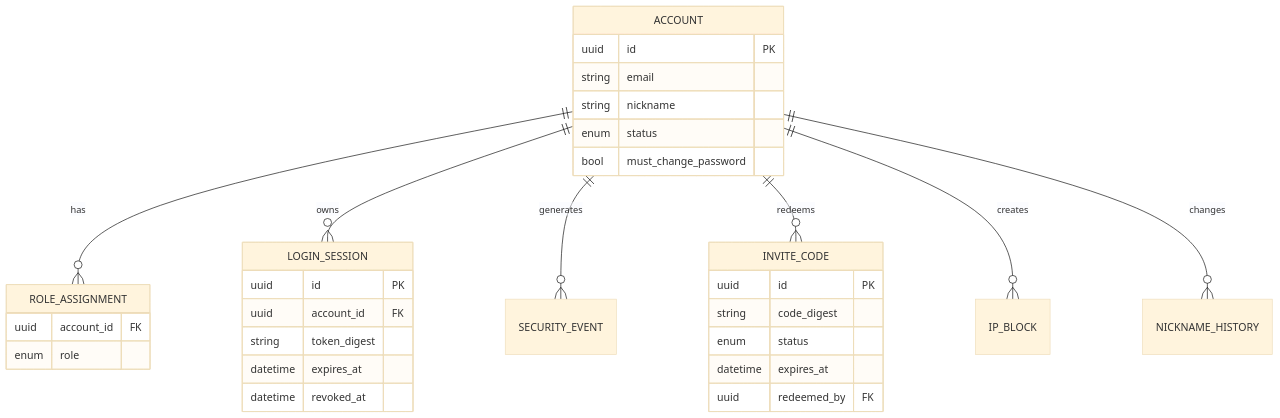
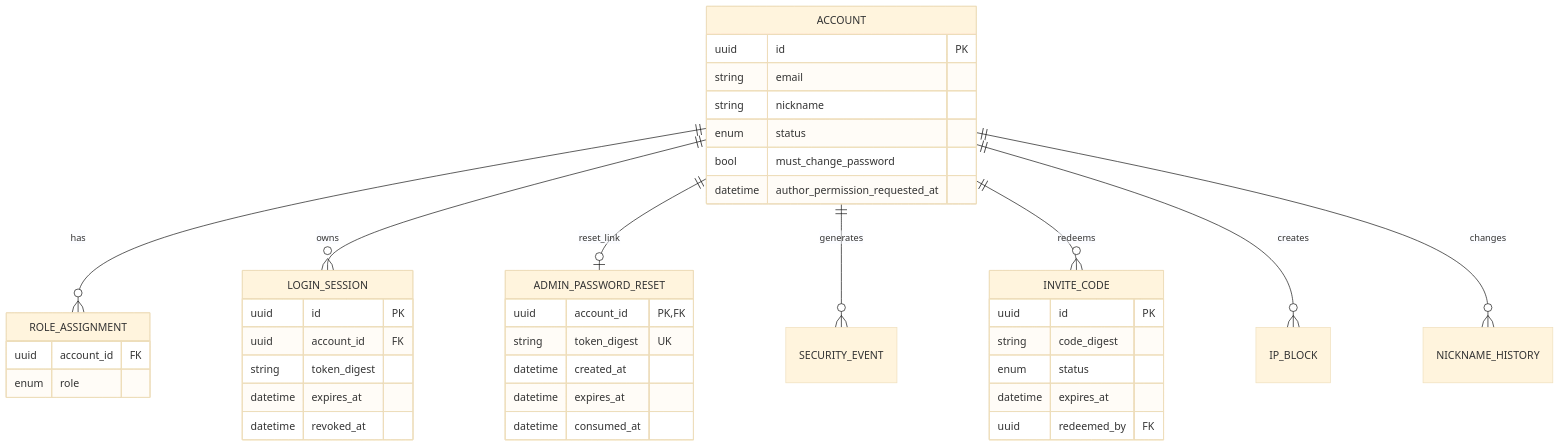
Before and after one commit to WeirdSky924/KKblog: the first of 5 diagrams in docs/architecture/data/01-er-model.md, drawn with Mermaid (base theme). The commit also changed 127 other files, not shown here.

````diff
--- a/docs/architecture/data/01-er-model.md
+++ b/docs/architecture/data/01-er-model.md
@@ -16,35 +16,44 @@
 ```mermaid
 erDiagram
     ACCOUNT ||--o{ ROLE_ASSIGNMENT : has
     ACCOUNT ||--o{ LOGIN_SESSION : owns
+    ACCOUNT ||--o| ADMIN_PASSWORD_RESET : reset_link
     ACCOUNT ||--o{ SECURITY_EVENT : generates
     ACCOUNT ||--o{ INVITE_CODE : redeems
     ACCOUNT ||--o{ IP_BLOCK : creates
     ACCOUNT ||--o{ NICKNAME_HISTORY : changes
 
     ACCOUNT {
       uuid id PK
       string email
       string nickname
       enum status
       bool must_change_password
+      datetime author_permission_requested_at
     }
     ROLE_ASSIGNMENT {
       uuid account_id FK
       enum role
     }
     LOGIN_SESSION {
       uuid id PK
       uuid account_id FK
       string token_digest
       datetime expires_at
       datetime revoked_at
     }
+    ADMIN_PASSWORD_RESET {
+      uuid account_id PK,FK
+      string token_digest UK
+      datetime created_at
+      datetime expires_at
+      datetime consumed_at
+    }
     INVITE_CODE {
       uuid id PK
       string code_digest
       enum status
       datetime expires_at
       uuid redeemed_by FK
     }
 ```
````
